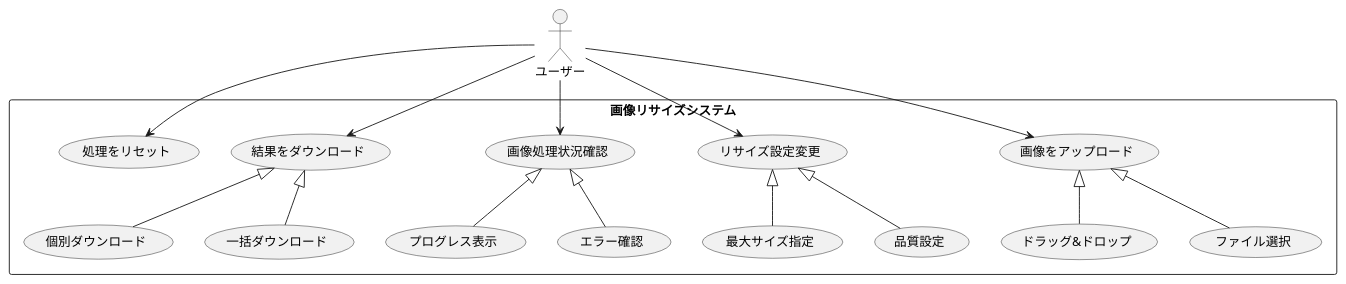
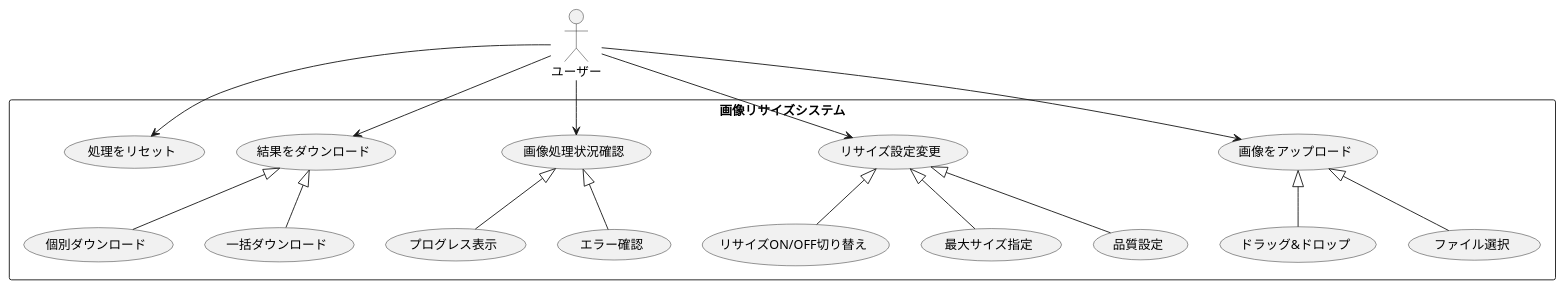
One commit to noricha-vr/image-resizer changed the seventh of 9 diagrams in docs/image-resizer-design.md. Above: the diagram before and after it, drawn with PlantUML. The commit also changed other lines of this file and 4 other files, not shown here.

````diff
--- a/docs/image-resizer-design.md
+++ b/docs/image-resizer-design.md
@@ -408,43 +410,45 @@
 ```plantuml
 @startuml
 actor ユーザー as User
 
 rectangle "画像リサイズシステム" {
     usecase "画像をアップロード" as UC1
     usecase "ドラッグ&ドロップ" as UC1_1
     usecase "ファイル選択" as UC1_2
     
     usecase "リサイズ設定変更" as UC2
+    usecase "リサイズON/OFF切り替え" as UC2_0
     usecase "最大サイズ指定" as UC2_1
     usecase "品質設定" as UC2_2
     
     usecase "画像処理状況確認" as UC3
     usecase "プログレス表示" as UC3_1
     usecase "エラー確認" as UC3_2
     
     usecase "結果をダウンロード" as UC4
     usecase "個別ダウンロード" as UC4_1
     usecase "一括ダウンロード" as UC4_2
     
     usecase "処理をリセット" as UC5
 }
 
 User --> UC1
 UC1 <|-- UC1_1
 UC1 <|-- UC1_2
 
 User --> UC2
+UC2 <|-- UC2_0
 UC2 <|-- UC2_1
 UC2 <|-- UC2_2
 
 User --> UC3
 UC3 <|-- UC3_1
 UC3 <|-- UC3_2
 
 User --> UC4
 UC4 <|-- UC4_1
 UC4 <|-- UC4_2
 
 User --> UC5
 @enduml
 ```
````
